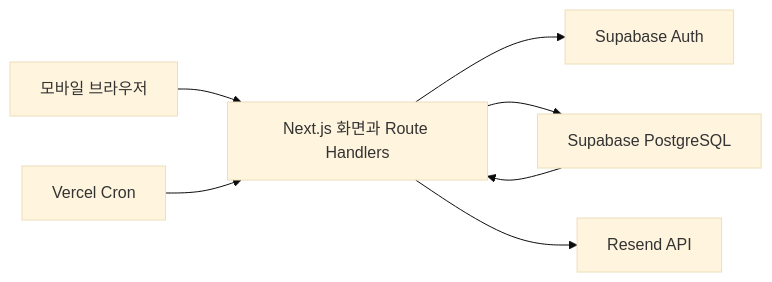
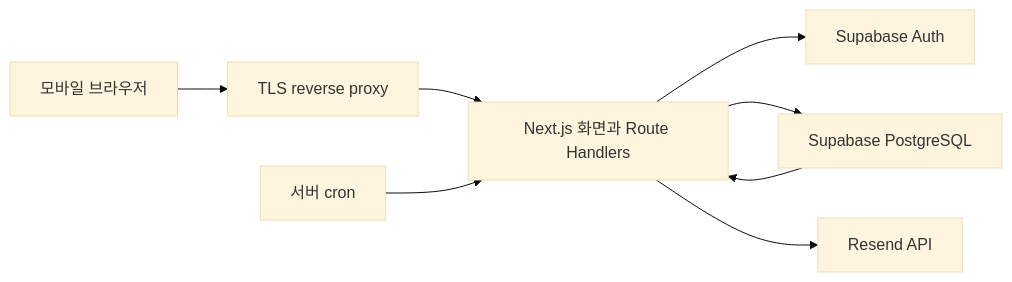
One commit to aroido/gyeop changed the diagram in docs/engineering/p0-development-plan.md. Above: the diagram before and after it, drawn with Mermaid (base theme). The commit also changed other lines of this file, not shown here.

````diff
--- a/docs/engineering/p0-development-plan.md
+++ b/docs/engineering/p0-development-plan.md
@@ -65,9 +65,10 @@
 ```mermaid
 flowchart LR
-    Browser["모바일 브라우저"] --> Next["Next.js 화면과 Route Handlers"]
+    Browser["모바일 브라우저"] --> Proxy["TLS reverse proxy"]
+    Proxy --> Next["Next.js 화면과 Route Handlers"]
     Next --> Auth["Supabase Auth"]
     Next --> DB["Supabase PostgreSQL"]
-    Cron["Vercel Cron"] --> Next
+    Cron["서버 cron"] --> Next
     Next --> Email["Resend API"]
     DB --> Next
 ```
````
